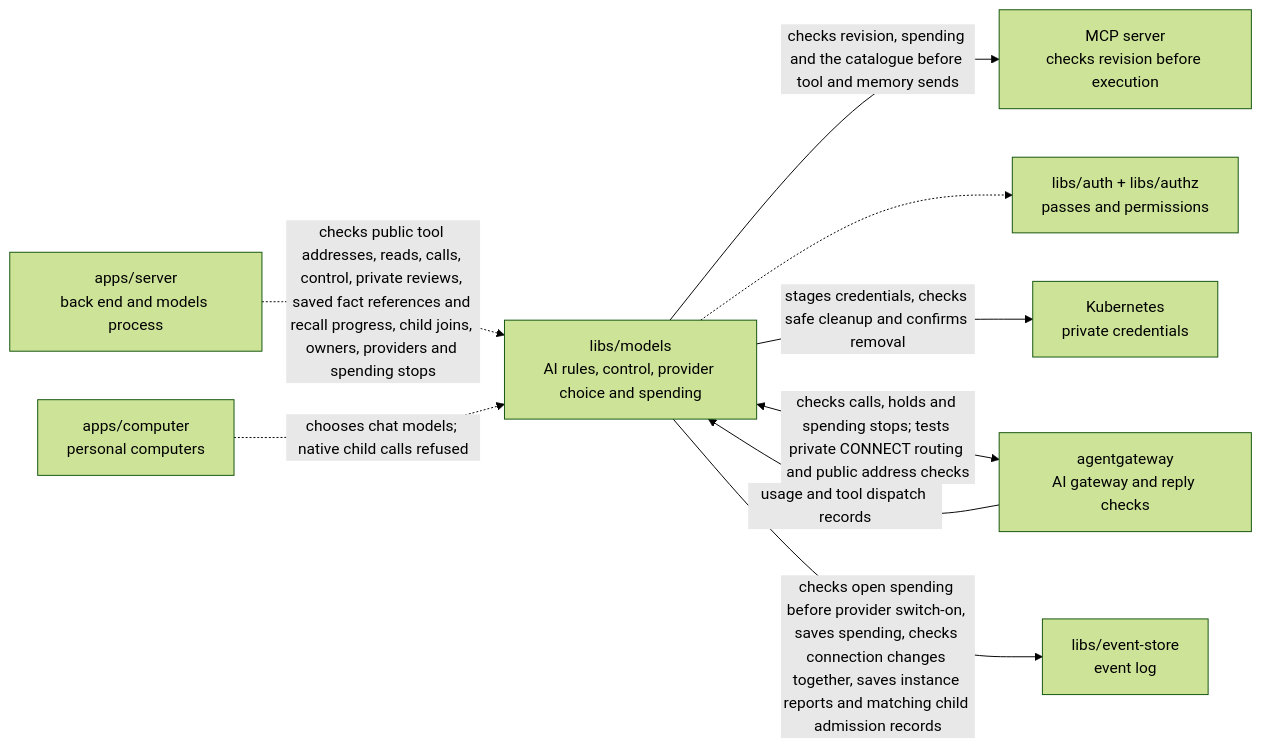
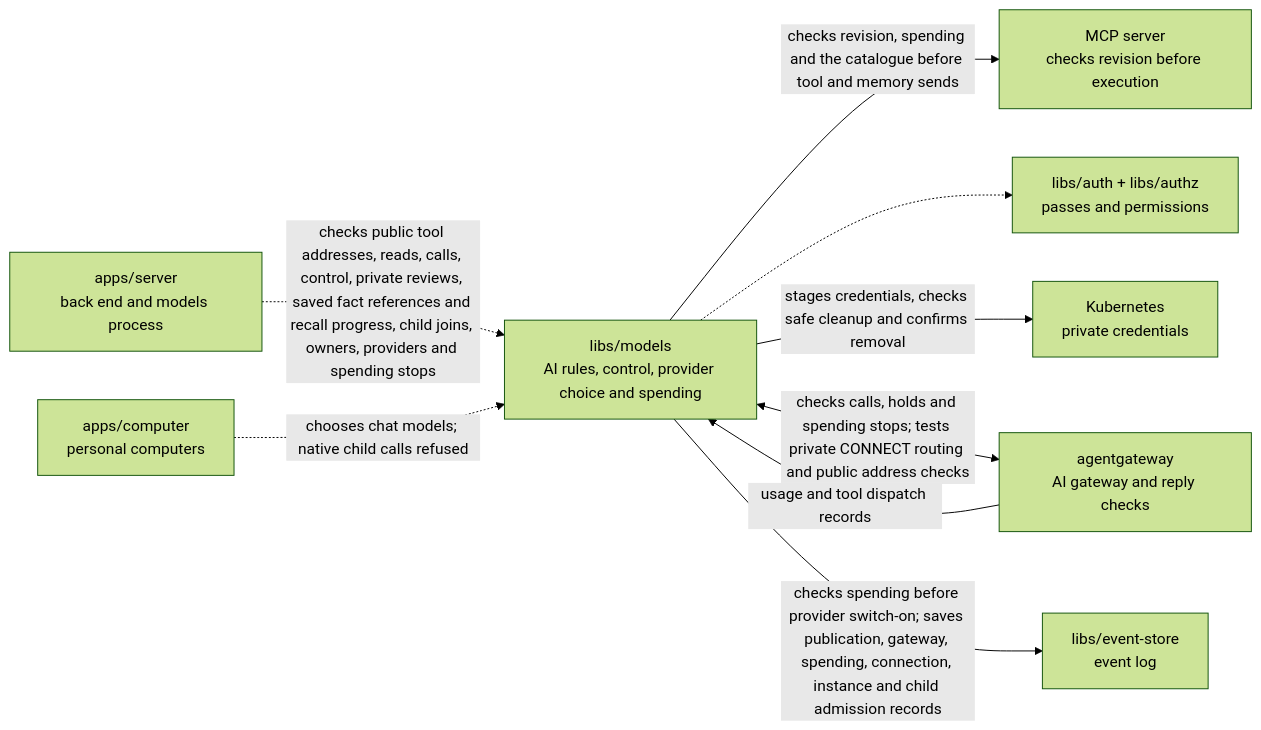
One commit to elewa-git/opencrane-new changed the diagram in libs/models/README.md. Above: the diagram before and after it, drawn with Mermaid (forest theme). The commit also changed other lines of this file and 24 other files, not shown here.

Commit message:
🔒 Save reviewed publication intent and serial gateway records

````diff
--- a/libs/models/README.md
+++ b/libs/models/README.md
@@ -14,11 +14,11 @@
 ```mermaid
 flowchart LR
   server["apps/server<br/>back end and models process"] -.->|checks public tool addresses, reads, calls, control, private reviews, saved fact references and recall progress, child joins, owners, providers and spending stops| models["libs/models<br/>AI rules, control, provider choice and spending"]
   models -->|checks revision, spending and the catalogue before tool and memory sends| mcp["MCP server<br/>checks revision before execution"]
   computer["apps/computer<br/>personal computers"] -.->|chooses chat models; native child calls refused| models
   models -.-> auth["libs/auth + libs/authz<br/>passes and permissions"]
   models -->|stages credentials, checks safe cleanup and confirms removal| custody["Kubernetes<br/>private credentials"]
   models <-->|checks calls, holds and spending stops; tests private CONNECT routing and public address checks| gateway["agentgateway<br/>AI gateway and reply checks"]
   gateway -->|usage and tool dispatch records| models
-  models -->|checks open spending before provider switch-on, saves spending, checks connection changes together, saves instance reports and matching child admission records| store["libs/event-store<br/>event log"]
+  models -->|checks spending before provider switch-on; saves publication, gateway, spending, connection, instance and child admission records| store["libs/event-store<br/>event log"]
 ```
````
